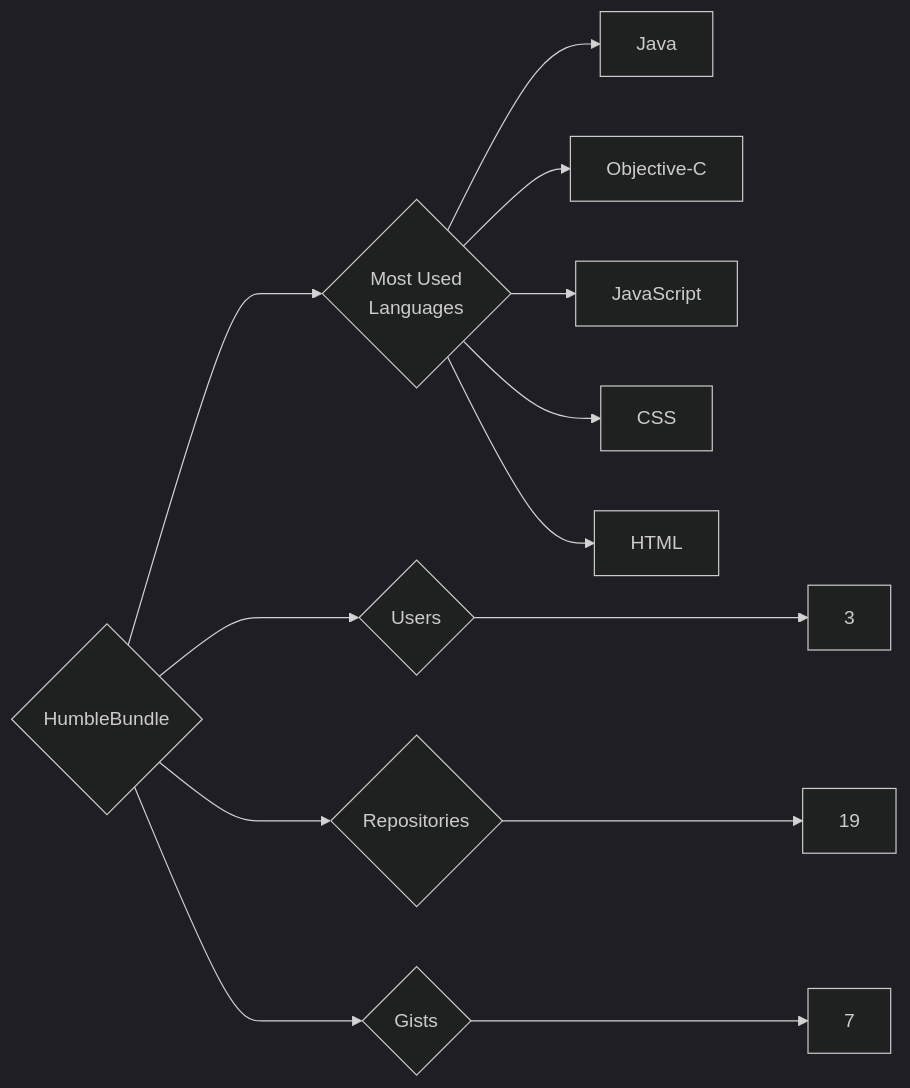
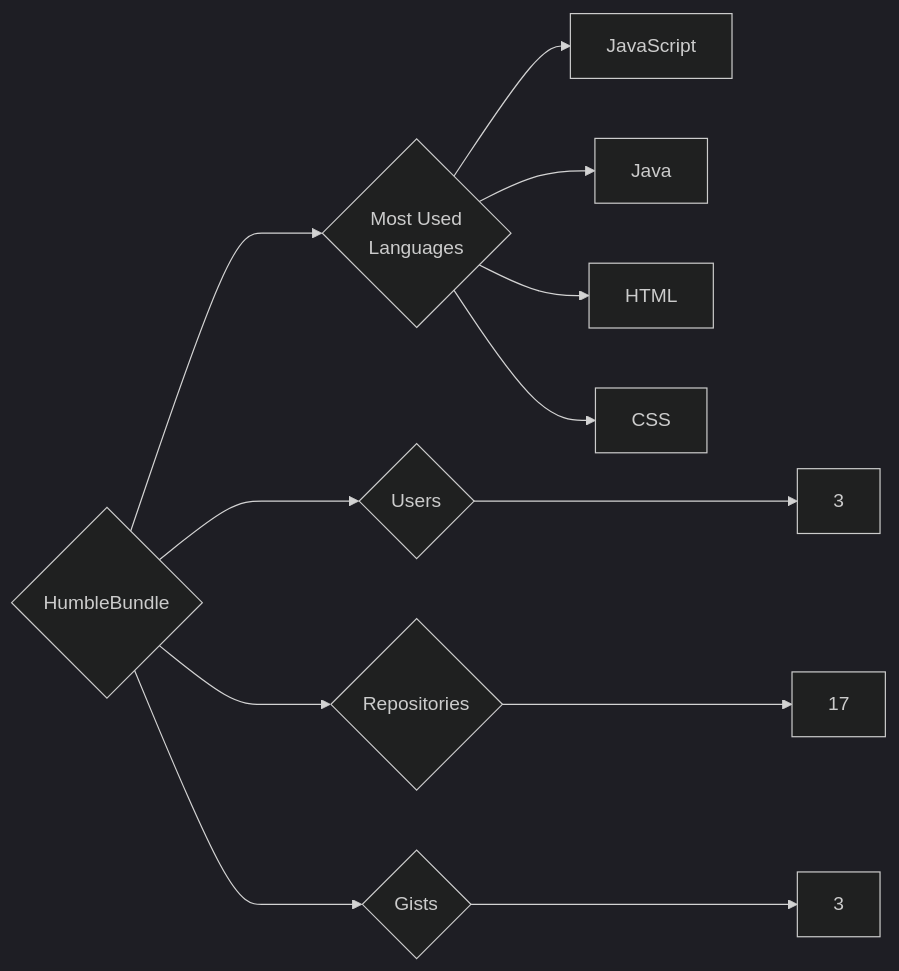
The diagram in targets/HumbleBundle/README.md (trickest/insiders), drawn with Mermaid (dark theme) before and after one commit. The commit also changed 1036 other files, not shown here.

````diff
--- a/targets/HumbleBundle/README.md
+++ b/targets/HumbleBundle/README.md
@@ -3,13 +3,12 @@
 ```mermaid
 graph LR
 COMPANY_NAME{HumbleBundle}
 COMPANY_NAME ---> U{Users} ---> UN[3]
-COMPANY_NAME ---> R{Repositories} ---> RN[19]
-COMPANY_NAME ---> G{Gists} ---> GN[7]
+COMPANY_NAME ---> R{Repositories} ---> RN[17]
+COMPANY_NAME ---> G{Gists} ---> GN[3]
 COMPANY_NAME ---> ML{Most Used<br>Languages}
+ML --> JavaScript[JavaScript]
 ML --> Java[Java]
-ML --> Objective-C[Objective-C]
-ML --> JavaScript[JavaScript]
+ML --> HTML[HTML]
 ML --> CSS[CSS]
-ML --> HTML[HTML]
 ```
````
